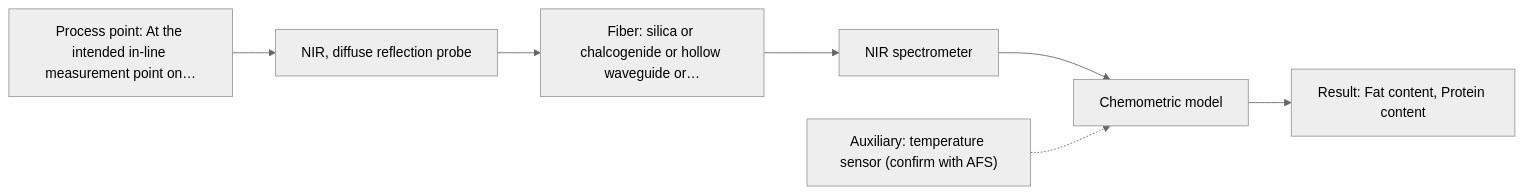
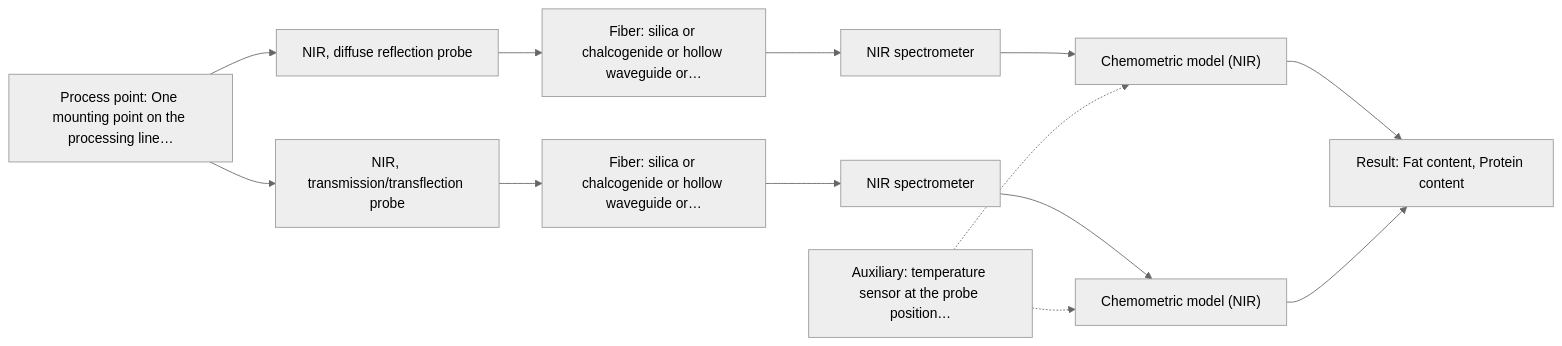
The first of 2 diagrams in outputs/dev/D02.md (sleipnir029/Afs-Spectroscopy-Assistant), drawn with Mermaid (neutral theme) before and after one commit. The commit also changed other lines of this file and 41 other files, not shown here.

````diff
--- a/outputs/dev/D02.md
+++ b/outputs/dev/D02.md
@@ -38,16 +38,26 @@
 ```mermaid
 flowchart LR
-    proc["Process point: At the intended in-line measurement point on…"]
+    proc["Process point: One mounting point on the processing line…"]
     probe1["NIR, diffuse reflection probe"]
     fiber1["Fiber: silica or chalcogenide or hollow waveguide or…"]
     spec1["NIR spectrometer"]
-    model["Chemometric model"]
+    model1["Chemometric model (NIR)"]
+    probe2["NIR, transmission/transflection probe"]
+    fiber2["Fiber: silica or chalcogenide or hollow waveguide or…"]
+    spec2["NIR spectrometer"]
+    model2["Chemometric model (NIR)"]
     result["Result: Fat content, Protein content"]
-    aux1["Auxiliary: temperature sensor (confirm with AFS)"]
+    aux1["Auxiliary: temperature sensor at the probe position…"]
     proc --> probe1
     probe1 --> fiber1
     fiber1 --> spec1
-    spec1 --> model
-    model --> result
-    aux1 -.-> model
+    spec1 --> model1
+    proc --> probe2
+    probe2 --> fiber2
+    fiber2 --> spec2
+    spec2 --> model2
+    model1 --> result
+    model2 --> result
+    aux1 -.-> model1
+    aux1 -.-> model2
 ```
````
